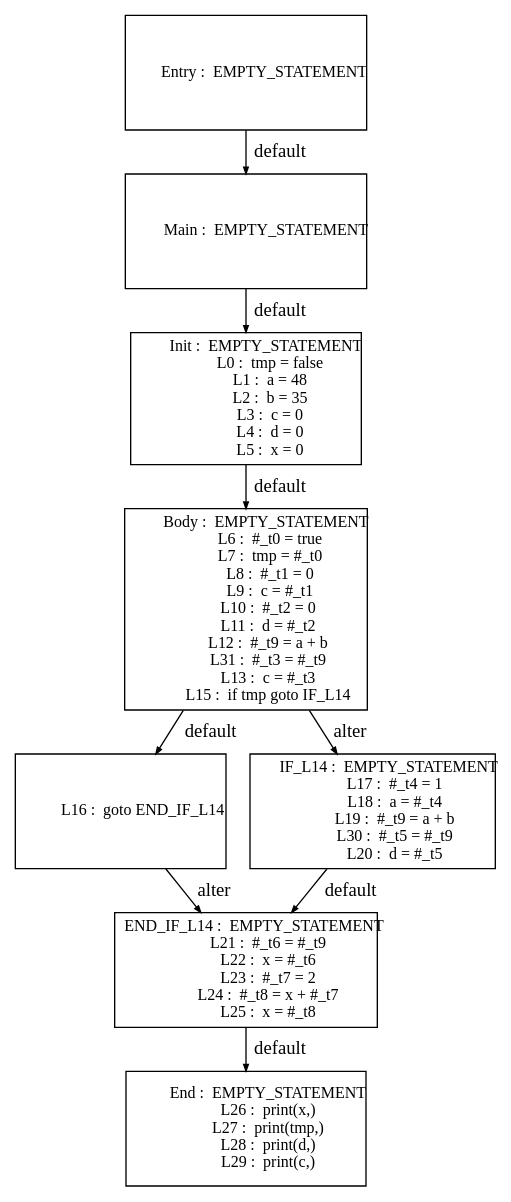
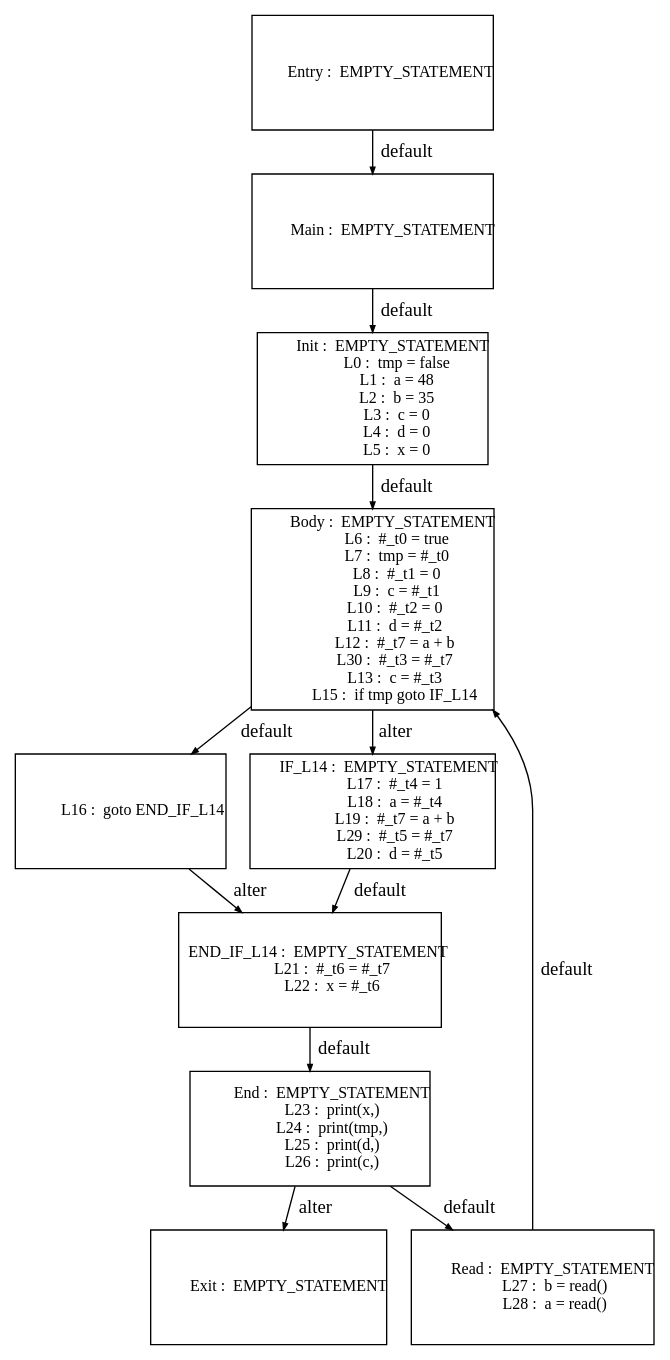
Before and after one commit to Geoffrey1014/ST_DSE: the diagram in tests_programs/dataflow/08_test_output/Graph_CSE_0.dot, drawn with Graphviz. The commit also changed 28 other files, not shown here.

```diff
--- a/tests_programs/dataflow/08_test_output/Graph_CSE_0.dot
+++ b/tests_programs/dataflow/08_test_output/Graph_CSE_0.dot
@@ -1,140 +1,163 @@
 digraph G {
   ranksep=.25;
   edge [arrowsize=.5]
   node [shape=rectangle, fontname="ArialNarrow",
         fontsize=12,  height=1.2];
   "           Main :  EMPTY_STATEMENT
 "; "           Init :  EMPTY_STATEMENT
              L0 :  tmp = false
              L1 :  a = 48
              L2 :  b = 35
              L3 :  c = 0
              L4 :  d = 0
              L5 :  x = 0
 "; "           Body :  EMPTY_STATEMENT
              L6 :  #_t0 = true
              L7 :  tmp = #_t0
              L8 :  #_t1 = 0
              L9 :  c = #_t1
             L10 :  #_t2 = 0
             L11 :  d = #_t2
-            L12 :  #_t9 = a + b
-            L31 :  #_t3 = #_t9
+            L12 :  #_t7 = a + b
+            L30 :  #_t3 = #_t7
             L13 :  c = #_t3
             L15 :  if tmp goto IF_L14
 "; "            L16 :  goto END_IF_L14
 "; "         IF_L14 :  EMPTY_STATEMENT
             L17 :  #_t4 = 1
             L18 :  a = #_t4
-            L19 :  #_t9 = a + b
-            L30 :  #_t5 = #_t9
+            L19 :  #_t7 = a + b
+            L29 :  #_t5 = #_t7
             L20 :  d = #_t5
 "; "     END_IF_L14 :  EMPTY_STATEMENT
-            L21 :  #_t6 = #_t9
+            L21 :  #_t6 = #_t7
             L22 :  x = #_t6
-            L23 :  #_t7 = 2
-            L24 :  #_t8 = x + #_t7
-            L25 :  x = #_t8
 "; "          Entry :  EMPTY_STATEMENT
 "; "            End :  EMPTY_STATEMENT
-            L26 :  print(x,)
-            L27 :  print(tmp,)
-            L28 :  print(d,)
-            L29 :  print(c,)
+            L23 :  print(x,)
+            L24 :  print(tmp,)
+            L25 :  print(d,)
+            L26 :  print(c,)
+"; "           Exit :  EMPTY_STATEMENT
+"; "           Read :  EMPTY_STATEMENT
+            L27 :  b = read()
+            L28 :  a = read()
 "; 
   "           Main :  EMPTY_STATEMENT
 " -> "           Init :  EMPTY_STATEMENT
              L0 :  tmp = false
              L1 :  a = 48
              L2 :  b = 35
              L3 :  c = 0
              L4 :  d = 0
              L5 :  x = 0
 "  [label="default"];
   "           Init :  EMPTY_STATEMENT
              L0 :  tmp = false
              L1 :  a = 48
              L2 :  b = 35
              L3 :  c = 0
              L4 :  d = 0
              L5 :  x = 0
 " -> "           Body :  EMPTY_STATEMENT
              L6 :  #_t0 = true
              L7 :  tmp = #_t0
              L8 :  #_t1 = 0
              L9 :  c = #_t1
             L10 :  #_t2 = 0
             L11 :  d = #_t2
-            L12 :  #_t9 = a + b
-            L31 :  #_t3 = #_t9
+            L12 :  #_t7 = a + b
+            L30 :  #_t3 = #_t7
             L13 :  c = #_t3
             L15 :  if tmp goto IF_L14
 "  [label="default"];
   "           Body :  EMPTY_STATEMENT
              L6 :  #_t0 = true
              L7 :  tmp = #_t0
              L8 :  #_t1 = 0
              L9 :  c = #_t1
             L10 :  #_t2 = 0
             L11 :  d = #_t2
-            L12 :  #_t9 = a + b
-            L31 :  #_t3 = #_t9
+            L12 :  #_t7 = a + b
+            L30 :  #_t3 = #_t7
             L13 :  c = #_t3
             L15 :  if tmp goto IF_L14
 " -> "            L16 :  goto END_IF_L14
 "  [label="default"];
   "           Body :  EMPTY_STATEMENT
              L6 :  #_t0 = true
              L7 :  tmp = #_t0
              L8 :  #_t1 = 0
              L9 :  c = #_t1
             L10 :  #_t2 = 0
             L11 :  d = #_t2
-            L12 :  #_t9 = a + b
-            L31 :  #_t3 = #_t9
+            L12 :  #_t7 = a + b
+            L30 :  #_t3 = #_t7
             L13 :  c = #_t3
             L15 :  if tmp goto IF_L14
 " -> "         IF_L14 :  EMPTY_STATEMENT
             L17 :  #_t4 = 1
             L18 :  a = #_t4
-            L19 :  #_t9 = a + b
-            L30 :  #_t5 = #_t9
+            L19 :  #_t7 = a + b
+            L29 :  #_t5 = #_t7
             L20 :  d = #_t5
 "  [label="alter"];
   "            L16 :  goto END_IF_L14
 " -> "     END_IF_L14 :  EMPTY_STATEMENT
-            L21 :  #_t6 = #_t9
+            L21 :  #_t6 = #_t7
             L22 :  x = #_t6
-            L23 :  #_t7 = 2
-            L24 :  #_t8 = x + #_t7
-            L25 :  x = #_t8
 "  [label="alter"];
   "         IF_L14 :  EMPTY_STATEMENT
             L17 :  #_t4 = 1
             L18 :  a = #_t4
-            L19 :  #_t9 = a + b
-            L30 :  #_t5 = #_t9
+            L19 :  #_t7 = a + b
+            L29 :  #_t5 = #_t7
             L20 :  d = #_t5
 " -> "     END_IF_L14 :  EMPTY_STATEMENT
-            L21 :  #_t6 = #_t9
+            L21 :  #_t6 = #_t7
             L22 :  x = #_t6
-            L23 :  #_t7 = 2
-            L24 :  #_t8 = x + #_t7
-            L25 :  x = #_t8
 "  [label="default"];
   "     END_IF_L14 :  EMPTY_STATEMENT
-            L21 :  #_t6 = #_t9
+            L21 :  #_t6 = #_t7
             L22 :  x = #_t6
-            L23 :  #_t7 = 2
-            L24 :  #_t8 = x + #_t7
-            L25 :  x = #_t8
 " -> "            End :  EMPTY_STATEMENT
-            L26 :  print(x,)
-            L27 :  print(tmp,)
-            L28 :  print(d,)
-            L29 :  print(c,)
+            L23 :  print(x,)
+            L24 :  print(tmp,)
+            L25 :  print(d,)
+            L26 :  print(c,)
 "  [label="default"];
   "          Entry :  EMPTY_STATEMENT
 " -> "           Main :  EMPTY_STATEMENT
 "  [label="default"];
+  "            End :  EMPTY_STATEMENT
+            L23 :  print(x,)
+            L24 :  print(tmp,)
+            L25 :  print(d,)
+            L26 :  print(c,)
+" -> "           Read :  EMPTY_STATEMENT
+            L27 :  b = read()
+            L28 :  a = read()
+"  [label="default"];
+  "            End :  EMPTY_STATEMENT
+            L23 :  print(x,)
+            L24 :  print(tmp,)
+            L25 :  print(d,)
+            L26 :  print(c,)
+" -> "           Exit :  EMPTY_STATEMENT
+"  [label="alter"];
+  "           Read :  EMPTY_STATEMENT
+            L27 :  b = read()
+            L28 :  a = read()
+" -> "           Body :  EMPTY_STATEMENT
+             L6 :  #_t0 = true
+             L7 :  tmp = #_t0
+             L8 :  #_t1 = 0
+             L9 :  c = #_t1
+            L10 :  #_t2 = 0
+            L11 :  d = #_t2
+            L12 :  #_t7 = a + b
+            L30 :  #_t3 = #_t7
+            L13 :  c = #_t3
+            L15 :  if tmp goto IF_L14
+"  [label="default"];
 }
```
